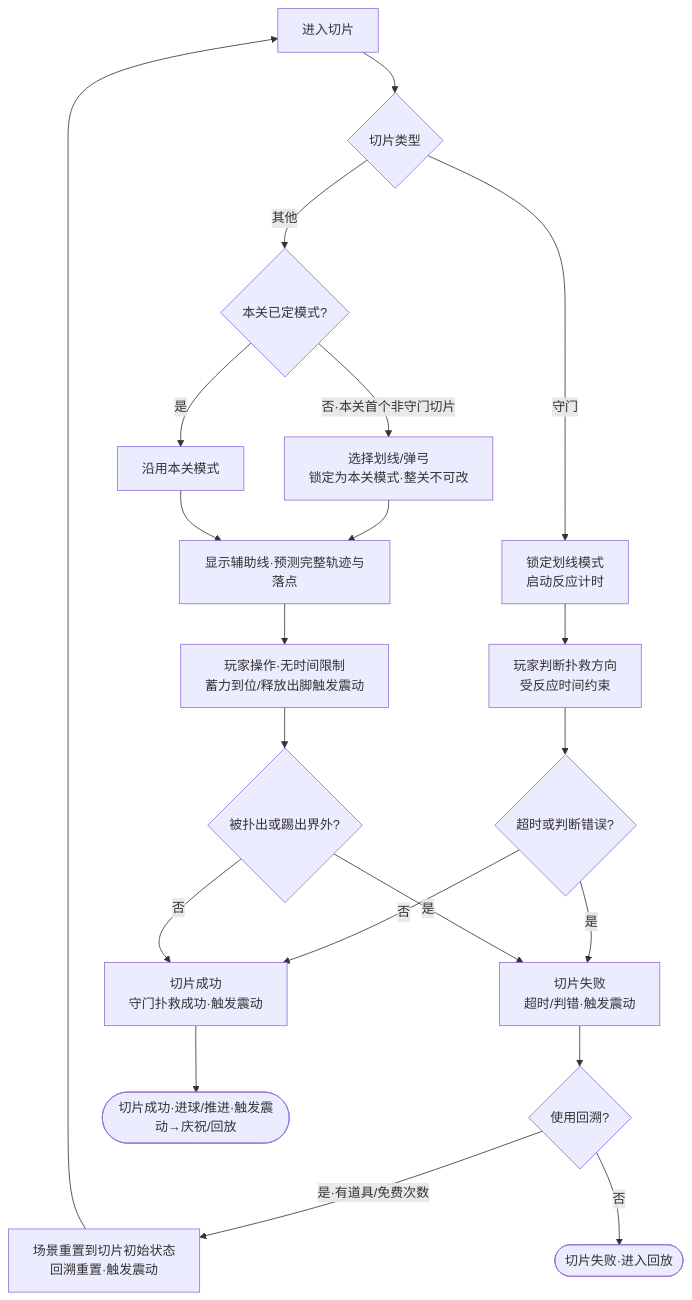
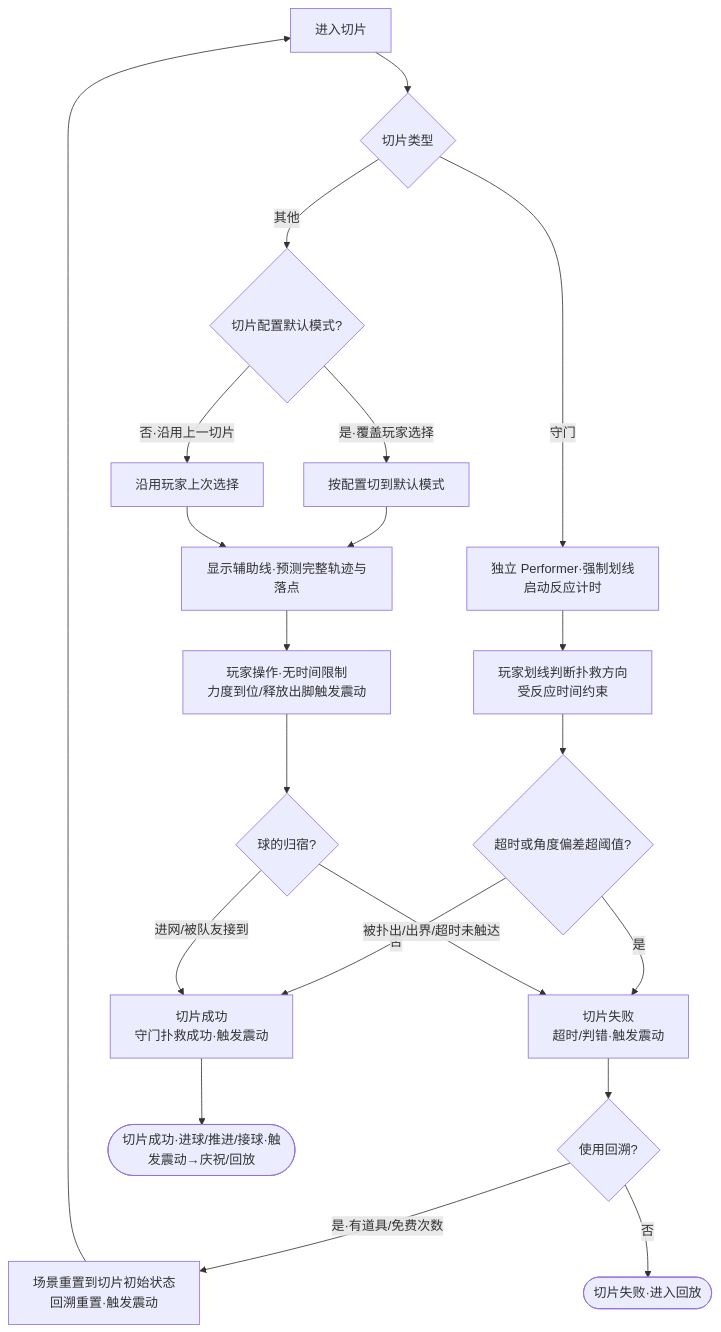
The second of 8 diagrams in output/2026世界杯主题活动.md (RehearsalTap4Fun/MindToDoc), drawn with Mermaid before and after one commit. The commit also changed other lines of this file and 4 other files, not shown here.

````diff
--- a/output/2026世界杯主题活动.md
+++ b/output/2026世界杯主题活动.md
@@ -134,22 +144,22 @@
 ```mermaid
 flowchart TD
 A[进入切片] --> B{切片类型}
-B -->|守门| C[锁定划线模式<br/>启动反应计时]
-B -->|其他| D{本关已定模式?}
-D -->|否·本关首个非守门切片| E[选择划线/弹弓<br/>锁定为本关模式·整关不可改]
-D -->|是| F[沿用本关模式]
+B -->|守门| C[独立 Performer·强制划线<br/>启动反应计时]
+B -->|其他| D{切片配置默认模式?}
+D -->|是·覆盖玩家选择| E[按配置切到默认模式]
+D -->|否·沿用上一切片| F[沿用玩家上次选择]
 E --> G[显示辅助线·预测完整轨迹与落点]
 F --> G
-C --> H[玩家判断扑救方向<br/>受反应时间约束]
-G --> I[玩家操作·无时间限制<br/>蓄力到位/释放出脚触发震动]
-H --> J{超时或判断错误?}
+C --> H[玩家划线判断扑救方向<br/>受反应时间约束]
+G --> I[玩家操作·无时间限制<br/>力度到位/释放出脚触发震动]
+H --> J{超时或角度偏差超阈值?}
 J -->|是| K[切片失败<br/>超时/判错·触发震动]
 J -->|否| L[切片成功<br/>守门扑救成功·触发震动]
-I --> M{被扑出或踢出界外?}
-M -->|是| K
-M -->|否| L
+I --> M{球的归宿?}
+M -->|进网/被队友接到| L
+M -->|被扑出/出界/超时未触达| K
 K --> N{使用回溯?}
 N -->|是·有道具/免费次数| O[场景重置到切片初始状态<br/>回溯重置·触发震动] --> A
 N -->|否| P([切片失败·进入回放])
-L --> Q([切片成功·进球/推进·触发震动→庆祝/回放])
+L --> Q([切片成功·进球/推进/接球·触发震动→庆祝/回放])
 ```
````
